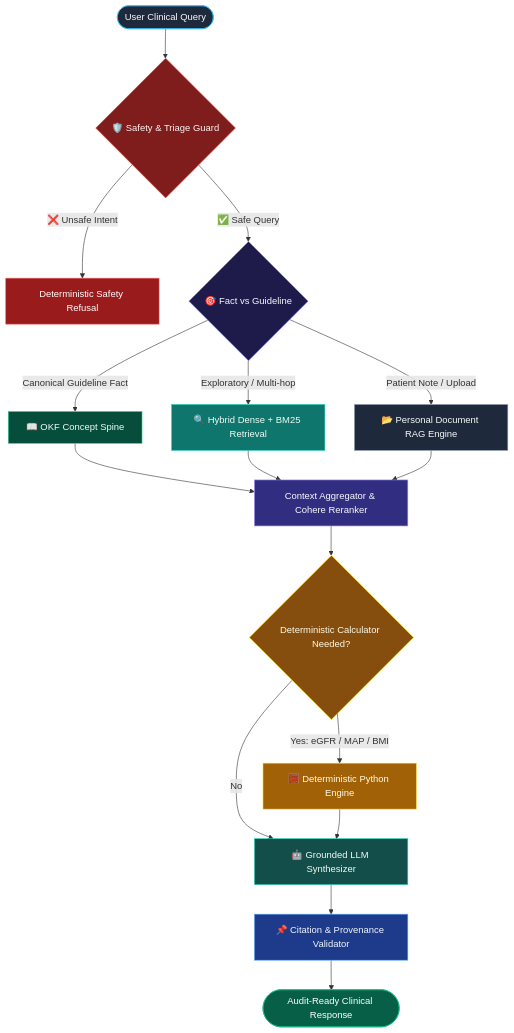
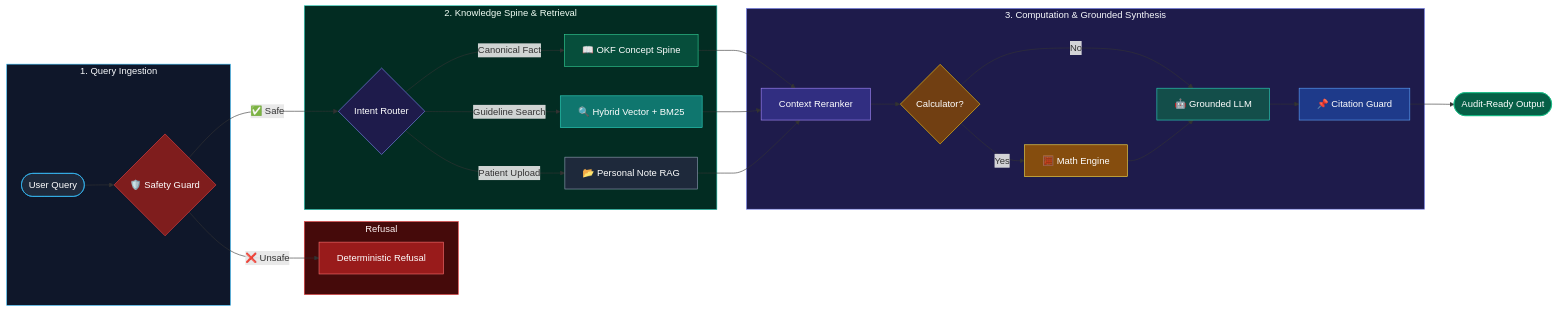
Before and after one commit to jeevesh2515/clinical-rag-agent: the diagram in README.md, drawn with Mermaid.

Commit message:
feat(dag): convert LangGraph safety DAG to compact horizontal flowchart LR

````diff
--- a/README.md
+++ b/README.md
@@ -44,37 +44,46 @@
 ```mermaid
-flowchart TD
-    Start([User Clinical Query]) --> SG{🛡️ Safety & Triage Guard}
-    
-    SG -->|❌ Unsafe Intent| Refusal[Deterministic Safety Refusal]
-    SG -->|✅ Safe Query| Router{🎯 Fact vs Guideline}
-    
-    Router -->|Canonical Guideline Fact| OKF[📖 OKF Concept Spine]
-    Router -->|Exploratory / Multi-hop| Hybrid[🔍 Hybrid Dense + BM25 Retrieval]
-    Router -->|Patient Note / Upload| Personal[📂 Personal Document RAG Engine]
-    
-    OKF --> Merge[Context Aggregator & Cohere Reranker]
-    Hybrid --> Merge
-    Personal --> Merge
-    
-    Merge --> Calc{Deterministic Calculator Needed?}
-    Calc -->|Yes: eGFR / MAP / BMI| MathNode[🧮 Deterministic Python Engine]
-    Calc -->|No| Synth[🤖 Grounded LLM Synthesizer]
-    MathNode --> Synth
-    
-    Synth --> CiteGuard[📌 Citation & Provenance Validator]
-    CiteGuard --> Output([Audit-Ready Clinical Response])
+flowchart LR
+    subgraph IN["1. Query Ingestion"]
+        Q([User Query]) --> SG{🛡️ Safety Guard}
+    end
 
-    style Start fill:#1E293B,stroke:#38BDF8,color:#F8FAFC
-    style SG fill:#7F1D1D,stroke:#EF4444,color:#FEF2F2
-    style Refusal fill:#991B1B,stroke:#F87171,color:#FFFFFF
-    style Router fill:#1E1B4B,stroke:#818CF8,color:#F8FAFC
-    style OKF fill:#064E3B,stroke:#34D399,color:#F0FDF4
-    style Hybrid fill:#0F766E,stroke:#2DD4BF,color:#F0FDF4
-    style Personal fill:#1E293B,stroke:#94A3B8,color:#F8FAFC
-    style Merge fill:#312E81,stroke:#A78BFA,color:#F8FAFC
-    style Calc fill:#854D0E,stroke:#FACC15,color:#FEFCE8
-    style MathNode fill:#A16207,stroke:#FDE047,color:#FEFCE8
-    style Synth fill:#134E4A,stroke:#2DD4BF,color:#F0FDF4
-    style CiteGuard fill:#1E3A8A,stroke:#60A5FA,color:#EFF6FF
-    style Output fill:#065F46,stroke:#10B981,color:#FFFFFF
+    subgraph REF["Refusal"]
+        SG -->|❌ Unsafe| R[Deterministic Refusal]
+    end
+
+    subgraph RET["2. Knowledge Spine & Retrieval"]
+        SG -->|✅ Safe| ROUTE{Intent Router}
+        ROUTE -->|Canonical Fact| OKF[📖 OKF Concept Spine]
+        ROUTE -->|Guideline Search| HYB[🔍 Hybrid Vector + BM25]
+        ROUTE -->|Patient Upload| DOC[📂 Personal Note RAG]
+    end
+
+    subgraph SYNTH["3. Computation & Grounded Synthesis"]
+        OKF & HYB & DOC --> M[Context Reranker]
+        M --> C{Calculator?}
+        C -->|Yes| CALC[🧮 Math Engine]
+        C -->|No| LLM[🤖 Grounded LLM]
+        CALC --> LLM
+        LLM --> V[📌 Citation Guard]
+    end
+
+    V --> OUT([Audit-Ready Output])
+
+    style IN fill:#0F172A,stroke:#38BDF8,color:#F8FAFC
+    style REF fill:#450A0A,stroke:#EF4444,color:#FEF2F2
+    style RET fill:#022C22,stroke:#2DD4BF,color:#F0FDF4
+    style SYNTH fill:#1E1B4B,stroke:#818CF8,color:#F8FAFC
+    style Q fill:#1E293B,stroke:#38BDF8,color:#FFFFFF
+    style SG fill:#7F1D1D,stroke:#EF4444,color:#FFFFFF
+    style R fill:#991B1B,stroke:#F87171,color:#FFFFFF
+    style ROUTE fill:#1E1B4B,stroke:#818CF8,color:#FFFFFF
+    style OKF fill:#064E3B,stroke:#34D399,color:#FFFFFF
+    style HYB fill:#0F766E,stroke:#2DD4BF,color:#FFFFFF
+    style DOC fill:#1E293B,stroke:#94A3B8,color:#FFFFFF
+    style M fill:#312E81,stroke:#A78BFA,color:#FFFFFF
+    style C fill:#713F12,stroke:#FACC15,color:#FFFFFF
+    style CALC fill:#854D0E,stroke:#FDE047,color:#FFFFFF
+    style LLM fill:#134E4A,stroke:#2DD4BF,color:#FFFFFF
+    style V fill:#1E3A8A,stroke:#60A5FA,color:#FFFFFF
+    style OUT fill:#065F46,stroke:#10B981,color:#FFFFFF
 ```
````
